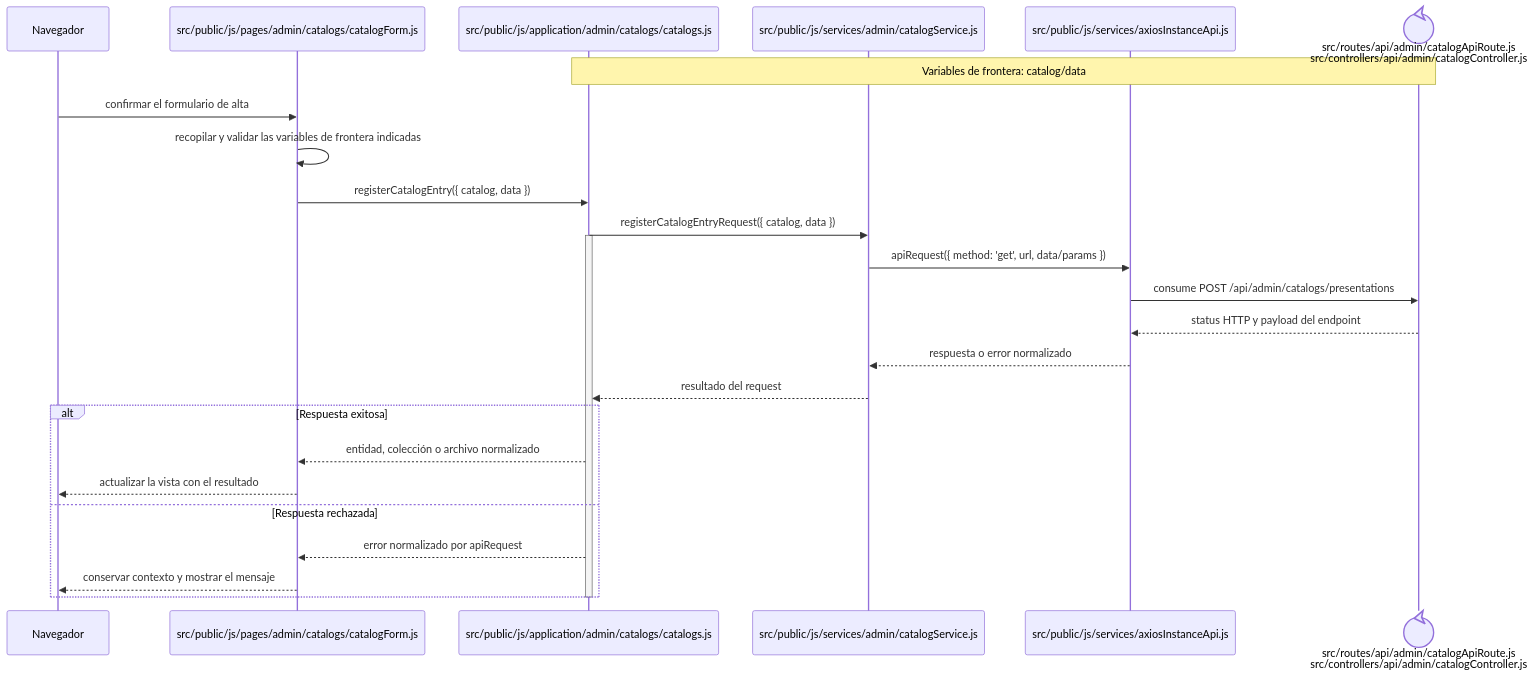
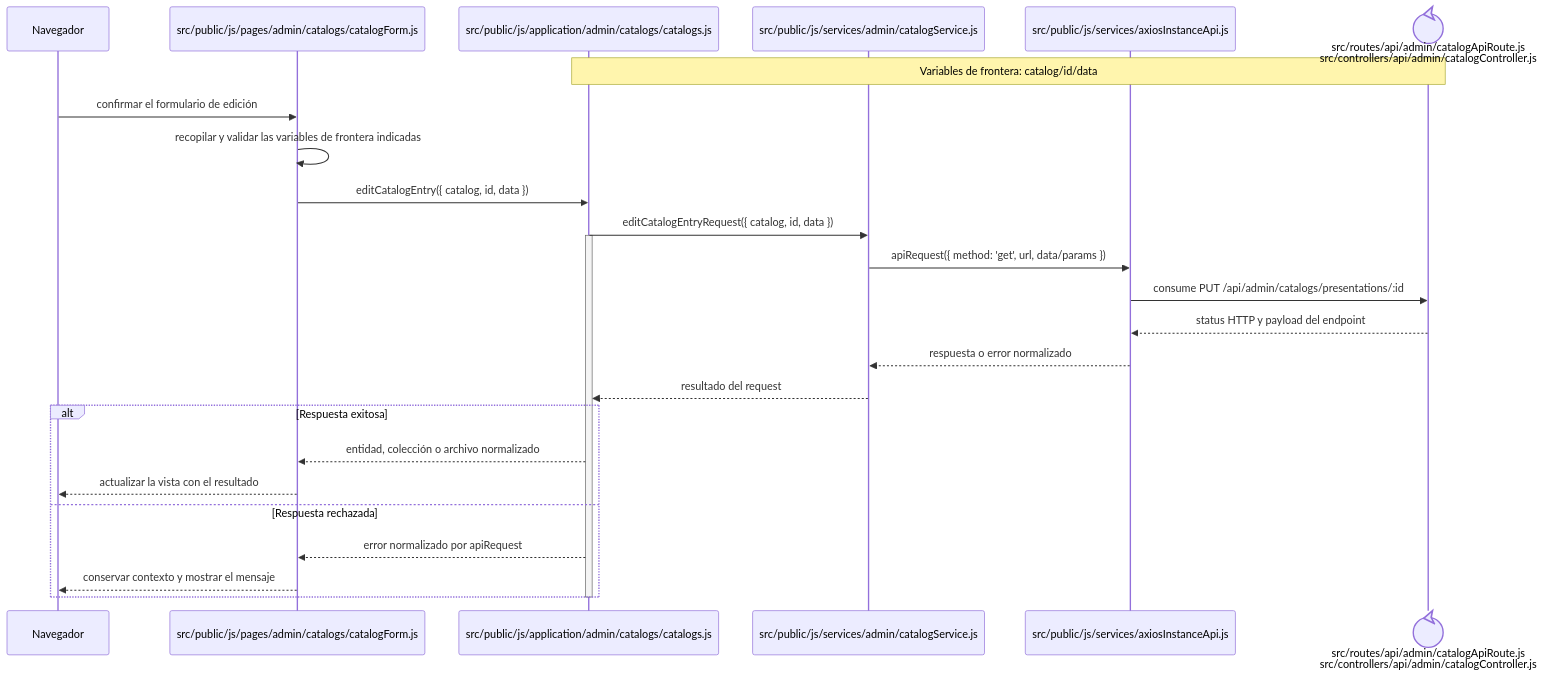
The diagram in docs/architecture/frontend-code-sequences/catalogs/cu-cat-17.md (gpgsistemas01/nexus), drawn with Mermaid before and after one commit. The commit also changed other lines of this file and 167 other files, not shown here.

````diff
--- a/docs/architecture/frontend-code-sequences/catalogs/cu-cat-17.md
+++ b/docs/architecture/frontend-code-sequences/catalogs/cu-cat-17.md
@@ -6,29 +6,29 @@
 ```mermaid
 sequenceDiagram
     participant Browser as Navegador
     participant View as src/public/js/pages/admin/catalogs/catalogForm.js
     participant Application as src/public/js/application/admin/catalogs/catalogs.js
     participant Request as src/public/js/services/admin/catalogService.js
     participant HTTP as src/public/js/services/axiosInstanceApi.js
     participant Transport@{ "type": "control" } as src/routes/api/admin/catalogApiRoute.js<br/>src/controllers/api/admin/catalogController.js
-    Note over Application,Transport: Variables de frontera: catalog/data
+    Note over Application,Transport: Variables de frontera: catalog/id/data
 
-    Browser->>View: confirmar el formulario de alta
+    Browser->>View: confirmar el formulario de edición
     View->>View: recopilar y validar las variables de frontera indicadas
-    View->>Application: registerCatalogEntry({ catalog, data })
-    Application->>Request: registerCatalogEntryRequest({ catalog, data })
+    View->>Application: editCatalogEntry({ catalog, id, data })
+    Application->>Request: editCatalogEntryRequest({ catalog, id, data })
     activate Application
     Request->>HTTP: apiRequest({ method: 'get', url, data/params })
-    HTTP->>Transport: consume POST /api/admin/catalogs/presentations
+    HTTP->>Transport: consume PUT /api/admin/catalogs/presentations/:id
     Transport-->>HTTP: status HTTP y payload del endpoint
     HTTP-->>Request: respuesta o error normalizado
     Request-->>Application: resultado del request
     alt Respuesta exitosa
         Application-->>View: entidad, colección o archivo normalizado
         View-->>Browser: actualizar la vista con el resultado
     else Respuesta rechazada
         Application-->>View: error normalizado por apiRequest
         View-->>Browser: conservar contexto y mostrar el mensaje
     end
     deactivate Application
 ```
````
